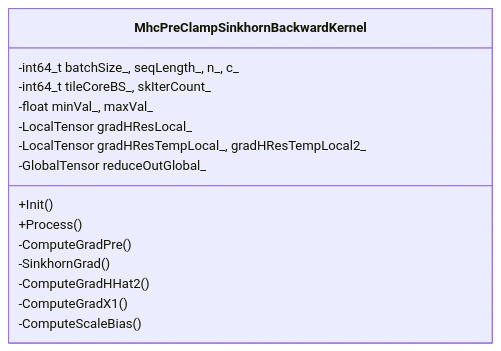
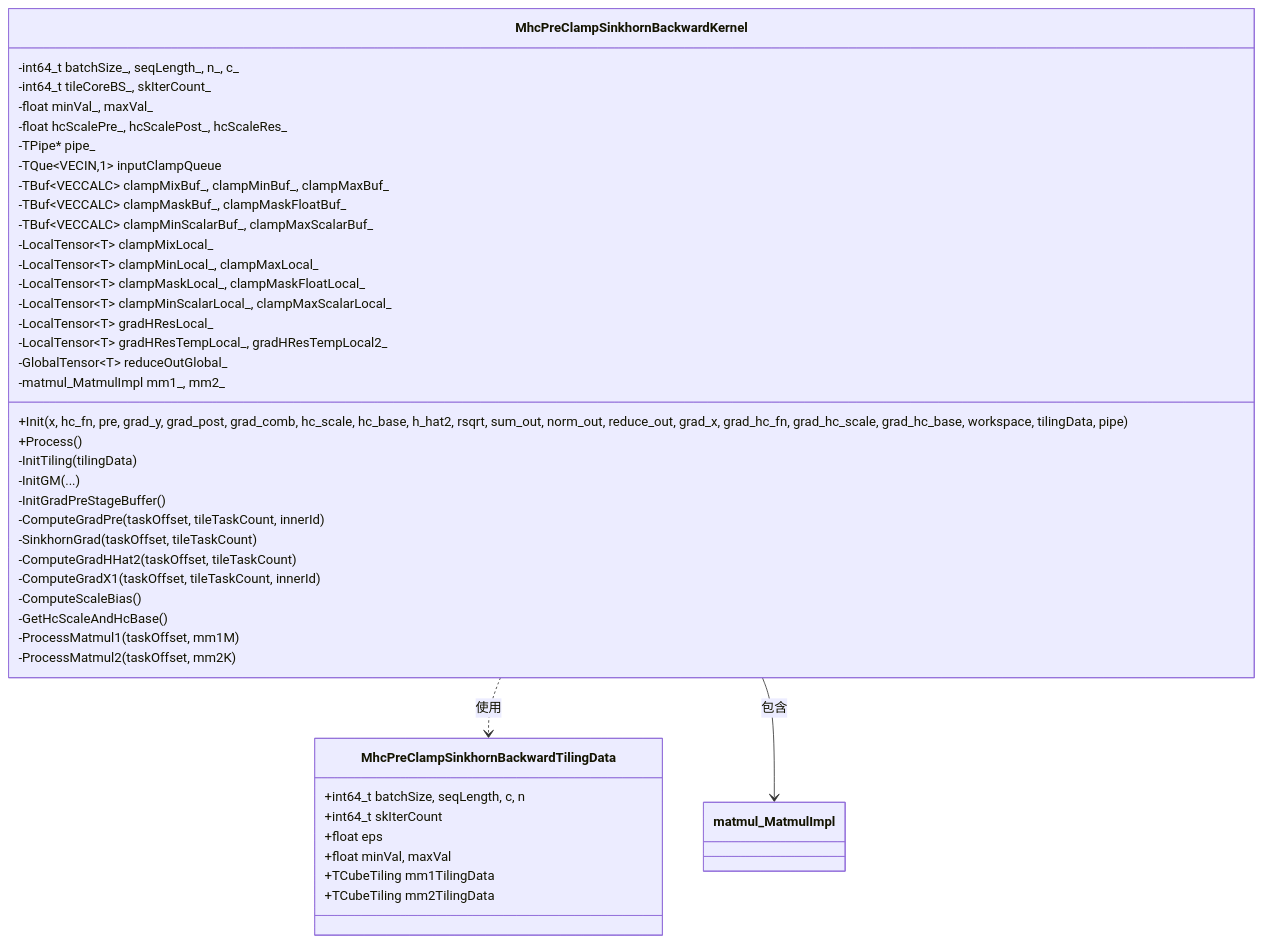
One commit to ChunnX/ops-transformer changed the seventh of 11 diagrams in mhc/mhc_pre_clamp_sinkhorn_backward/docs/MhcPreClampSinkhornBackward_Design.md. Above: the diagram before and after it, drawn with Mermaid. The commit also changed other lines of this file, not shown here.

Commit message:
优化流程图

````diff
--- a/mhc/mhc_pre_clamp_sinkhorn_backward/docs/MhcPreClampSinkhornBackward_Design.md
+++ b/mhc/mhc_pre_clamp_sinkhorn_backward/docs/MhcPreClampSinkhornBackward_Design.md
@@ -320,18 +487,47 @@
 ```mermaid
 classDiagram
     class MhcPreClampSinkhornBackwardKernel {
         -int64_t batchSize_, seqLength_, n_, c_
         -int64_t tileCoreBS_, skIterCount_
         -float minVal_, maxVal_
-        -LocalTensor<T> gradHResLocal_
-        -LocalTensor<T> gradHResTempLocal_, gradHResTempLocal2_
-        -GlobalTensor<T> reduceOutGlobal_
-        +Init()
+        -float hcScalePre_, hcScalePost_, hcScaleRes_
+        -TPipe* pipe_
+        -TQue~VECIN,1~ inputClampQueue
+        -TBuf~VECCALC~ clampMixBuf_, clampMinBuf_, clampMaxBuf_
+        -TBuf~VECCALC~ clampMaskBuf_, clampMaskFloatBuf_
+        -TBuf~VECCALC~ clampMinScalarBuf_, clampMaxScalarBuf_
+        -LocalTensor~T~ clampMixLocal_
+        -LocalTensor~T~ clampMinLocal_, clampMaxLocal_
+        -LocalTensor~T~ clampMaskLocal_, clampMaskFloatLocal_
+        -LocalTensor~T~ clampMinScalarLocal_, clampMaxScalarLocal_
+        -LocalTensor~T~ gradHResLocal_
+        -LocalTensor~T~ gradHResTempLocal_, gradHResTempLocal2_
+        -GlobalTensor~T~ reduceOutGlobal_
+        -matmul_MatmulImpl mm1_, mm2_
+        +Init(x, hc_fn, pre, grad_y, grad_post, grad_comb, hc_scale, hc_base, h_hat2, rsqrt, sum_out, norm_out, reduce_out, grad_x, grad_hc_fn, grad_hc_scale, grad_hc_base, workspace, tilingData, pipe)
         +Process()
-        -ComputeGradPre()
-        -SinkhornGrad()
-        -ComputeGradHHat2()
-        -ComputeGradX1()
+        -InitTiling(tilingData)
+        -InitGM(...)
+        -InitGradPreStageBuffer()
+        -ComputeGradPre(taskOffset, tileTaskCount, innerId)
+        -SinkhornGrad(taskOffset, tileTaskCount)
+        -ComputeGradHHat2(taskOffset, tileTaskCount)
+        -ComputeGradX1(taskOffset, tileTaskCount, innerId)
         -ComputeScaleBias()
+        -GetHcScaleAndHcBase()
+        -ProcessMatmul1(taskOffset, mm1M)
+        -ProcessMatmul2(taskOffset, mm2K)
     }
+
+    class MhcPreClampSinkhornBackwardTilingData {
+        +int64_t batchSize, seqLength, c, n
+        +int64_t skIterCount
+        +float eps
+        +float minVal, maxVal
+        +TCubeTiling mm1TilingData
+        +TCubeTiling mm2TilingData
+    }
+
+    MhcPreClampSinkhornBackwardKernel ..> MhcPreClampSinkhornBackwardTilingData : 使用
+    MhcPreClampSinkhornBackwardKernel --> matmul_MatmulImpl : 包含
 ```
````
